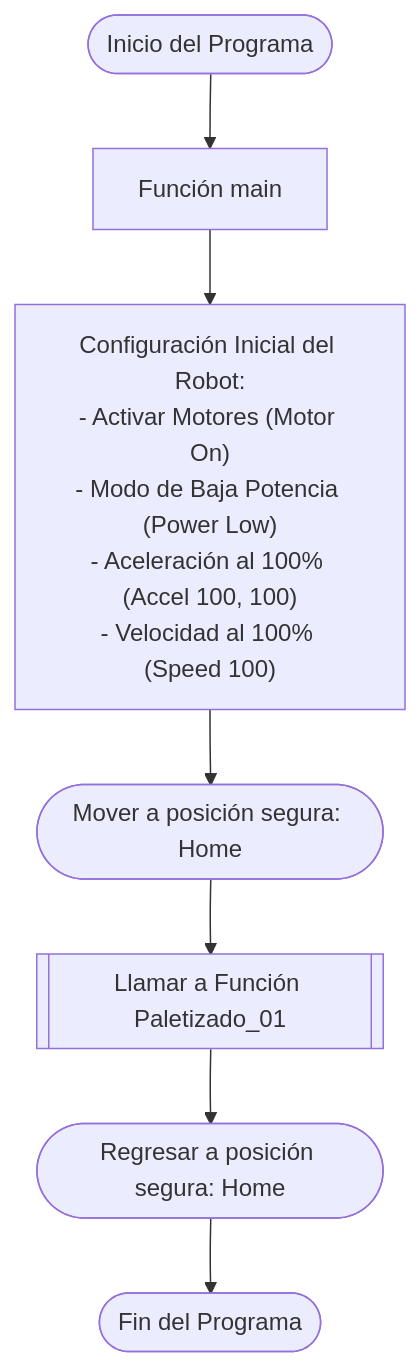
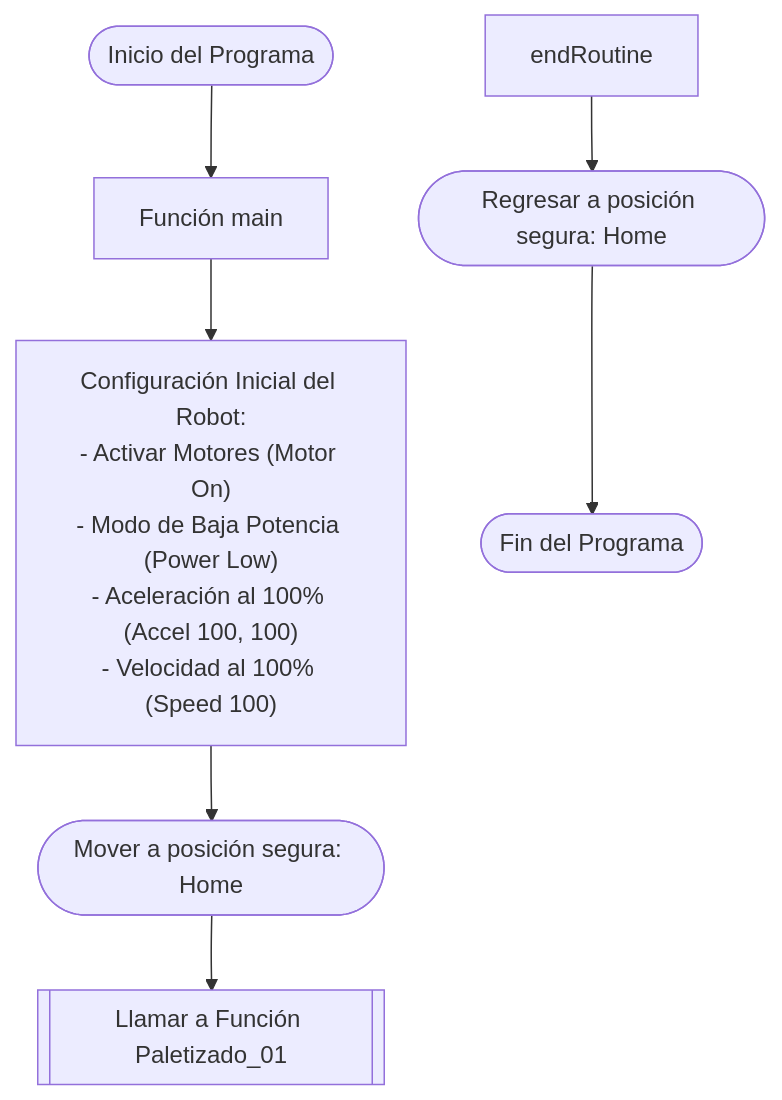
Before and after one commit to labsir-un/Robotica-2026-I-Equipo-3C-Moreno-Ramos: the first of 2 diagrams in Laboratorio No. 03 - Robótica Industrial EPSON T3 401S y EPSON RC+/README.MD, drawn with Mermaid. The commit also changed other lines of this file, not shown here.

````diff
--- a/Laboratorio No. 03 - Robótica Industrial EPSON T3 401S y EPSON RC+/README.MD
+++ b/Laboratorio No. 03 - Robótica Industrial EPSON T3 401S y EPSON RC+/README.MD
@@ -212,11 +212,9 @@
 ```mermaid
 flowchart TD
     Start([Inicio del Programa]) --> Main["Función main"]
     Main --> Init["Configuración Inicial del Robot:<br>- Activar Motores (Motor On)<br>- Modo de Baja Potencia (Power Low)<br>- Aceleración al 100% (Accel 100, 100)<br>- Velocidad al 100% (Speed 100)"]
     Init --> GoHome1(["Mover a posición segura: Home"])
     GoHome1 --> CallRoutine[["Llamar a Función Paletizado_01"]]
-    
-    %% Nota: El uso de doble borde [[]] indica conceptualmente que llama a otro proceso
-    CallRoutine --> GoHome2(["Regresar a posición segura: Home"])
+    endRoutine --> GoHome2(["Regresar a posición segura: Home"])
     GoHome2 --> EndProg([Fin del Programa])
 ```
````
